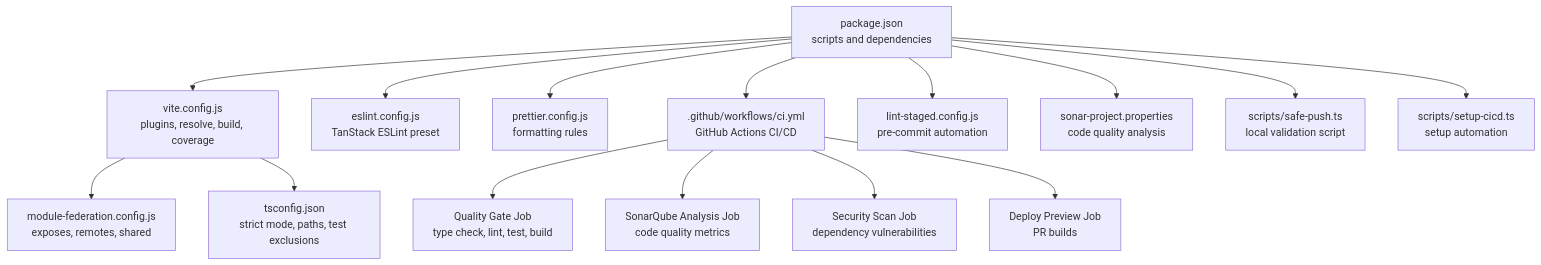
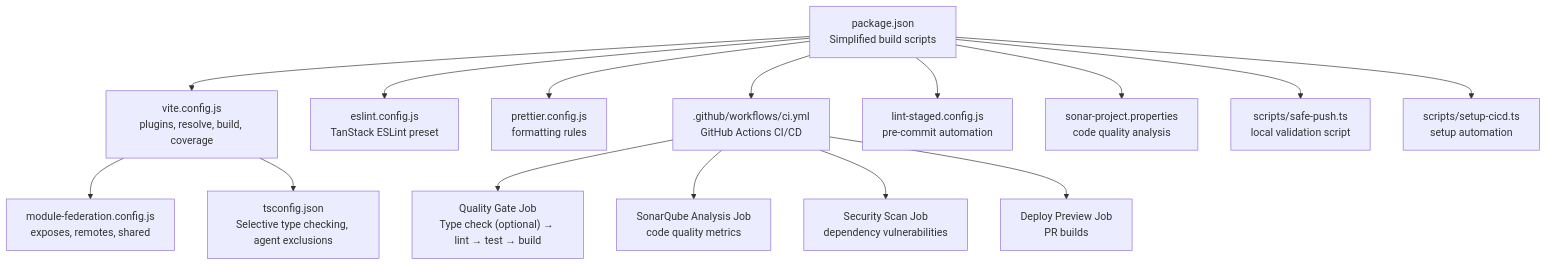
Before and after one commit to DoVuDung/cv-portfolio-builder: the first of 11 diagrams in .qoder/repowiki/en/content/Core Architecture/Build Configuration/Build Configuration.md, drawn with Mermaid. The commit also changed other lines of this file and 6 other files, not shown here.

First line of the commit message:
chore(docs): update AI Agent System and build configuration docs

````diff
--- a/.qoder/repowiki/en/content/Core Architecture/Build Configuration/Build Configuration.md
+++ b/.qoder/repowiki/en/content/Core Architecture/Build Configuration/Build Configuration.md
@@ -63,17 +66,17 @@
 ```mermaid
 graph TB
-A["package.json<br/>scripts and dependencies"] --> B["vite.config.js<br/>plugins, resolve, build, coverage"]
+A["package.json<br/>Simplified build scripts"] --> B["vite.config.js<br/>plugins, resolve, build, coverage"]
 B --> C["module-federation.config.js<br/>exposes, remotes, shared"]
-B --> D["tsconfig.json<br/>strict mode, paths, test exclusions"]
+B --> D["tsconfig.json<br/>Selective type checking, agent exclusions"]
 A --> E["eslint.config.js<br/>TanStack ESLint preset"]
 A --> F["prettier.config.js<br/>formatting rules"]
 A --> G[".github/workflows/ci.yml<br/>GitHub Actions CI/CD"]
 A --> H["lint-staged.config.js<br/>pre-commit automation"]
 A --> I["sonar-project.properties<br/>code quality analysis"]
 A --> J["scripts/safe-push.ts<br/>local validation script"]
 A --> K["scripts/setup-cicd.ts<br/>setup automation"]
-G --> L["Quality Gate Job<br/>type check, lint, test, build"]
+G --> L["Quality Gate Job<br/>Type check (optional) → lint → test → build"]
 G --> M["SonarQube Analysis Job<br/>code quality metrics"]
 G --> N["Security Scan Job<br/>dependency vulnerabilities"]
 G --> O["Deploy Preview Job<br/>PR builds"]
 ```
````
